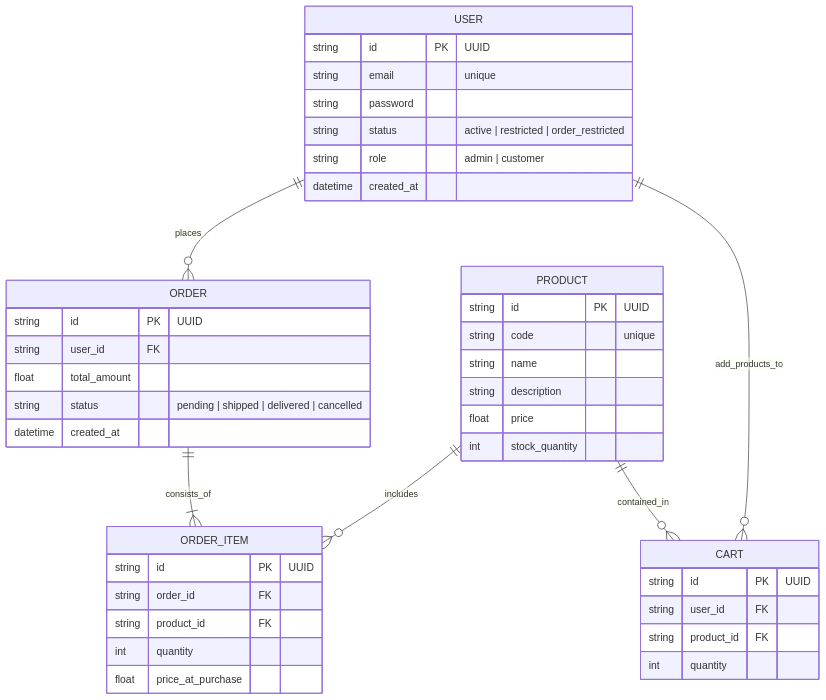
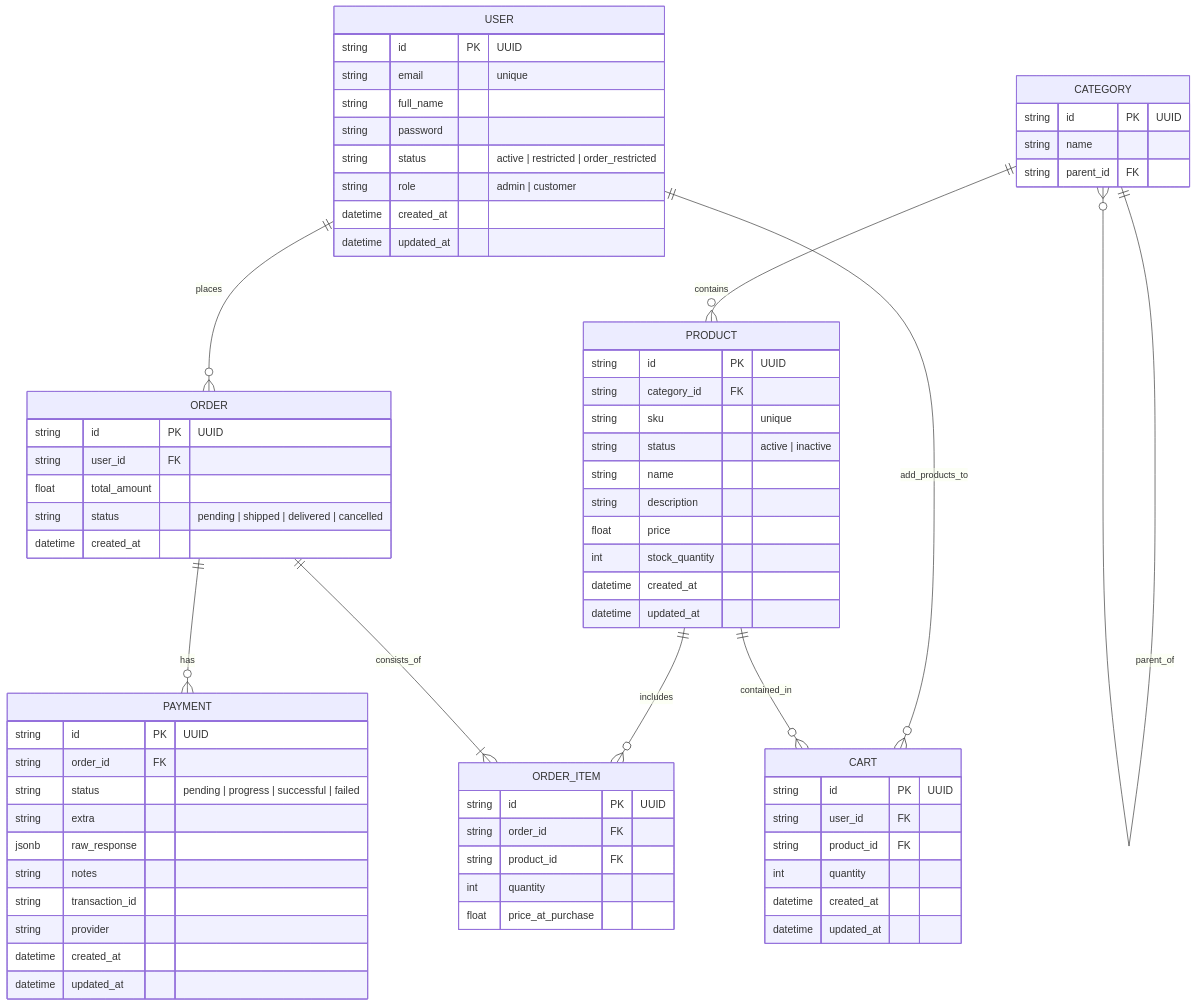
The first of 6 diagrams in README.md (mislam-dev/mini-e-commerce), drawn with Mermaid before and after one commit. The commit also changed 4 other files, not shown here.

````diff
--- a/README.md
+++ b/README.md
@@ -107,49 +107,79 @@
 ```mermaid
 erDiagram
     USER ||--o{ ORDER : places
     USER ||--o{ CART : add_products_to
     PRODUCT ||--o{ CART : contained_in
     PRODUCT ||--o{ ORDER_ITEM : includes
     ORDER ||--|{ ORDER_ITEM : consists_of
+    ORDER ||--o{ PAYMENT : has
+    CATEGORY ||--o{ CATEGORY : parent_of
+    CATEGORY ||--o{ PRODUCT : contains
 
     USER {
         string id PK "UUID"
         string email "unique"
+        string full_name
         string password
         string status "active | restricted | order_restricted"
         string role "admin | customer"
         datetime created_at
+        datetime updated_at
     }
 
     PRODUCT {
         string id PK "UUID"
-        string code "unique"
+        string category_id FK
+        string sku "unique"
+        string status "active | inactive"
         string name
         string description
         float price
         int stock_quantity
+        datetime created_at
+        datetime updated_at
+    }
+
+    CATEGORY {
+        string id PK "UUID"
+        string name
+        string parent_id FK
     }
 
     CART {
         string id PK "UUID"
         string user_id FK
         string product_id FK
         int quantity
+        datetime created_at
+        datetime updated_at
     }
 
     ORDER {
         string id PK "UUID"
         string user_id FK
         float total_amount
         string status "pending | shipped | delivered | cancelled"
         datetime created_at
     }
 
     ORDER_ITEM {
         string id PK "UUID"
         string order_id FK
         string product_id FK
         int quantity
         float price_at_purchase
     }
+
+    PAYMENT {
+        string id PK "UUID"
+        string order_id FK
+        string status "pending | progress | successful | failed"
+        string extra
+        jsonb raw_response
+        string notes
+        string transaction_id
+        string provider
+        datetime created_at
+        datetime updated_at
+    }
 ```
````
